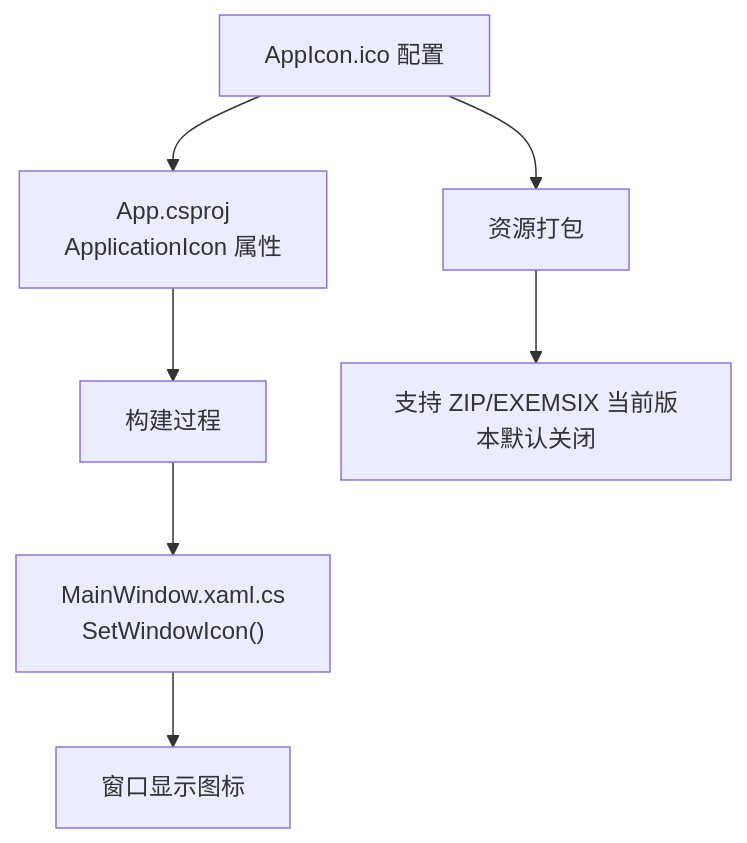
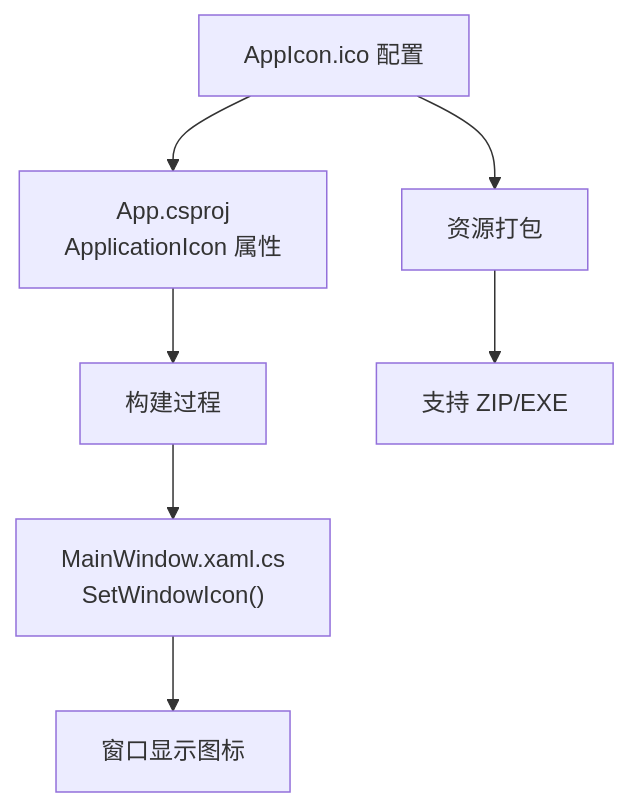
Before and after one commit to terwer/autojs6-dev-tools: the seventh of 9 diagrams in .qoder/repowiki/zh/content/开发指南/部署与发布流程.md, drawn with Mermaid. The commit also changed other lines of this file and 5 other files, not shown here.

````diff
--- a/.qoder/repowiki/zh/content/开发指南/部署与发布流程.md
+++ b/.qoder/repowiki/zh/content/开发指南/部署与发布流程.md
@@ -442,9 +443,9 @@
 ```mermaid
 flowchart TD
 IconConfig["AppIcon.ico 配置"] --> AppProj["App.csproj<br/>ApplicationIcon 属性"]
 AppProj --> BuildProcess["构建过程"]
 BuildProcess --> WindowIcon["MainWindow.xaml.cs<br/>SetWindowIcon()"]
 WindowIcon --> DisplayIcon["窗口显示图标"]
 IconConfig --> ResourcePack["资源打包"]
-ResourcePack --> AllFormats["支持 ZIP/EXEMSIX 当前版本默认关闭"]
+ResourcePack --> AllFormats["支持 ZIP/EXE"]
 ```
````
